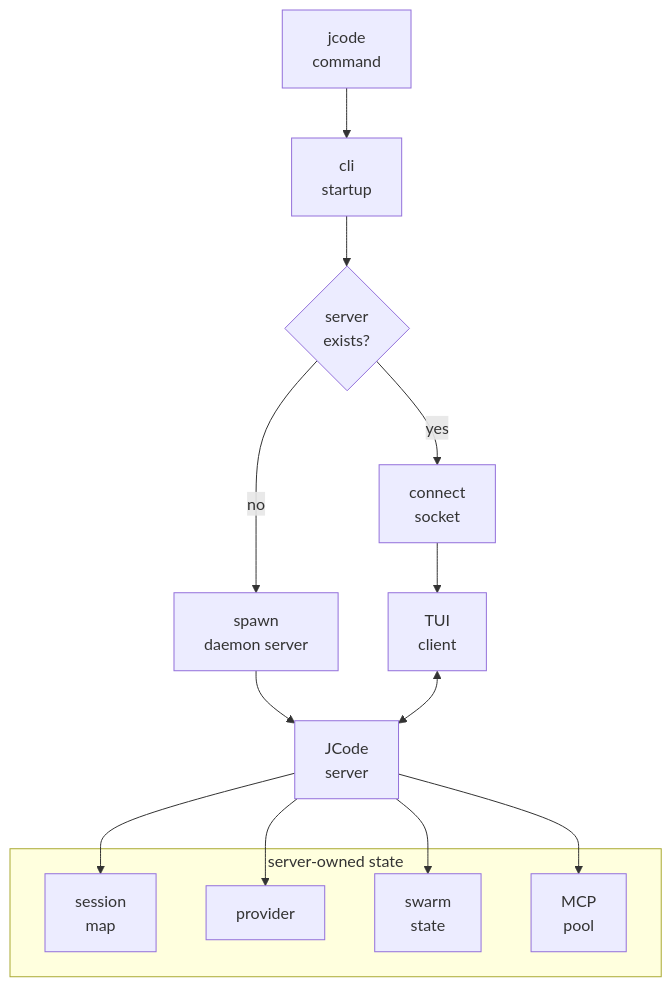
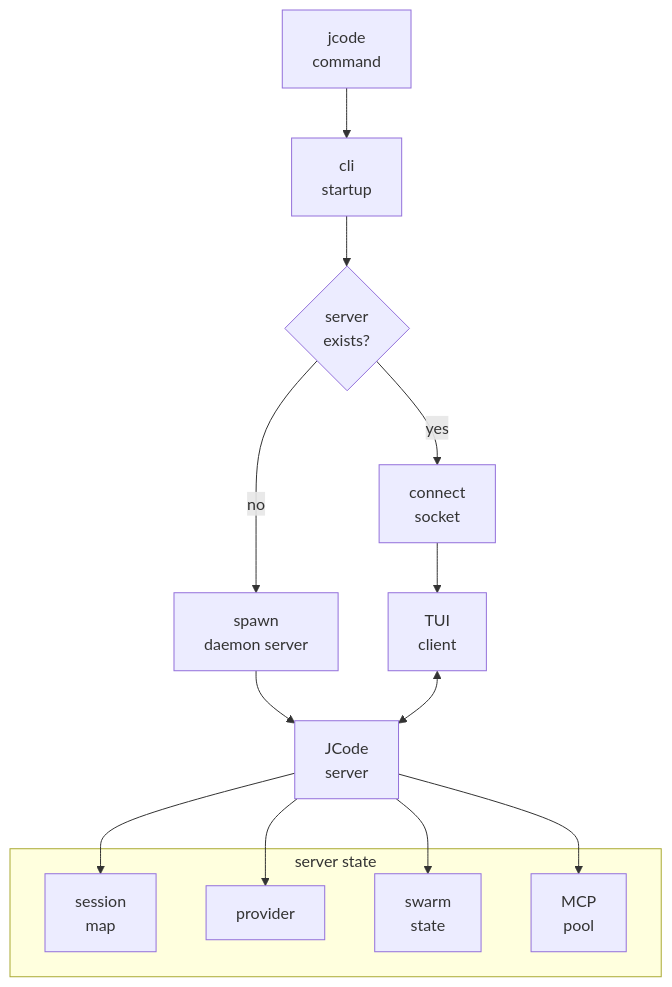
The diagram in docs/zh/s02-startup-server.md (Br1an67/learn-jcode), drawn with Mermaid before and after one commit. The commit also changed other lines of this file and 16 other files, not shown here.

````diff
--- a/docs/zh/s02-startup-server.md
+++ b/docs/zh/s02-startup-server.md
@@ -13,22 +13,22 @@
 ```mermaid
 flowchart TD
   CLI["jcode<br/>command"] --> Startup["cli<br/>startup"]
   Startup --> Check{"server<br/>exists?"}
   Check -- "no" --> Spawn["spawn<br/>daemon server"]
   Check -- "yes" --> Connect["connect<br/>socket"]
   Spawn --> Server["JCode<br/>server"]
   Connect --> Client["TUI<br/>client"]
   Client <--> Server
 
-  subgraph State["server-owned state"]
+  subgraph State["server state"]
     Sessions["session<br/>map"]
     Provider["provider"]
     Swarm["swarm<br/>state"]
     MCP["MCP<br/>pool"]
   end
 
   Server --> Sessions
   Server --> Provider
   Server --> Swarm
   Server --> MCP
 ```
````
